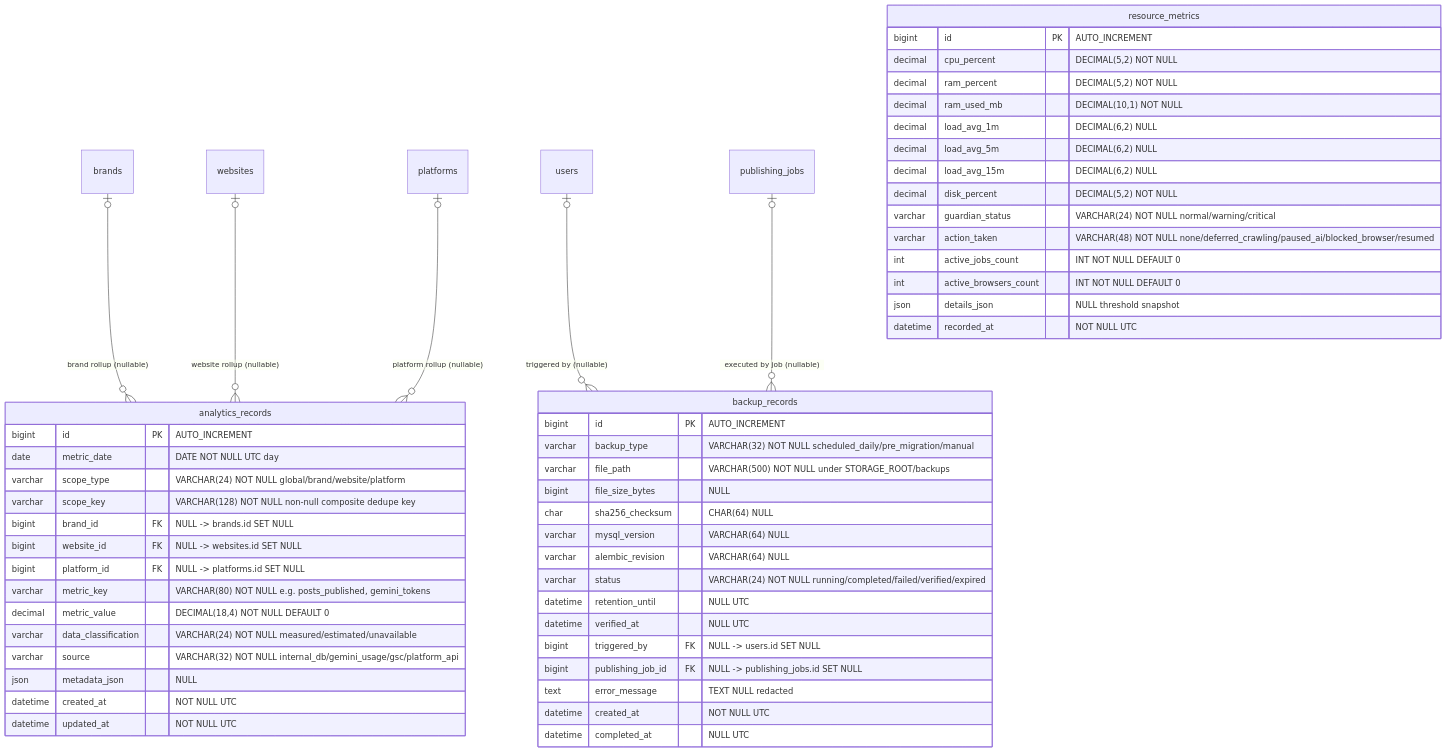
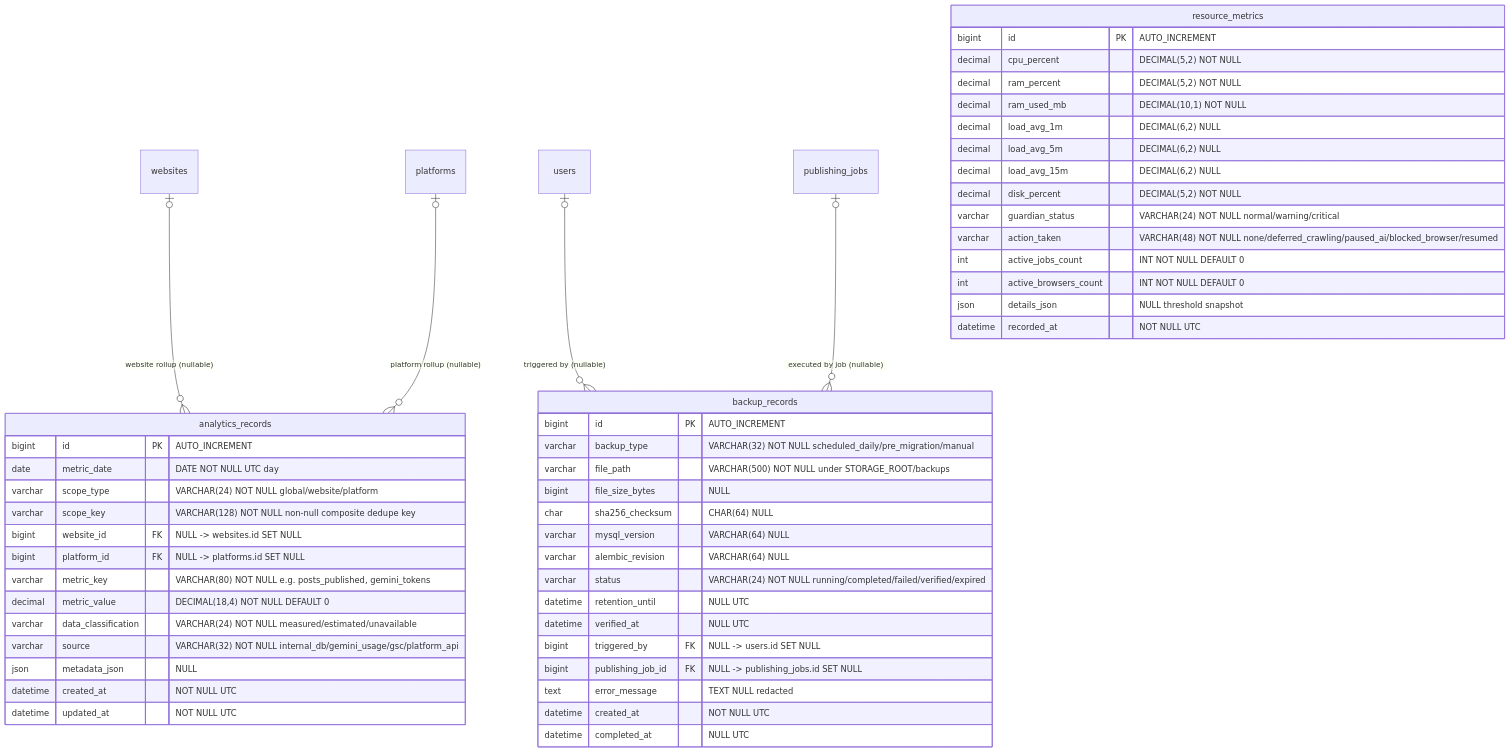
The eighth of 10 diagrams in contenthub-ai/docs/DATABASE.md (YumiAlmero03/website-management), drawn with Mermaid before and after one commit. The commit also changed other lines of this file and 94 other files, not shown here.

````diff
--- a/contenthub-ai/docs/DATABASE.md
+++ b/contenthub-ai/docs/DATABASE.md
@@ -879,60 +965,58 @@
 ```mermaid
 erDiagram
-    brands |o--o{ analytics_records : "brand rollup (nullable)"
     websites |o--o{ analytics_records : "website rollup (nullable)"
     platforms |o--o{ analytics_records : "platform rollup (nullable)"
     users |o--o{ backup_records : "triggered by (nullable)"
     publishing_jobs |o--o{ backup_records : "executed by job (nullable)"
 
     analytics_records {
         bigint id PK "AUTO_INCREMENT"
         date metric_date "DATE NOT NULL UTC day"
-        varchar scope_type "VARCHAR(24) NOT NULL global/brand/website/platform"
+        varchar scope_type "VARCHAR(24) NOT NULL global/website/platform"
         varchar scope_key "VARCHAR(128) NOT NULL non-null composite dedupe key"
-        bigint brand_id FK "NULL -> brands.id SET NULL"
         bigint website_id FK "NULL -> websites.id SET NULL"
         bigint platform_id FK "NULL -> platforms.id SET NULL"
         varchar metric_key "VARCHAR(80) NOT NULL e.g. posts_published, gemini_tokens"
         decimal metric_value "DECIMAL(18,4) NOT NULL DEFAULT 0"
         varchar data_classification "VARCHAR(24) NOT NULL measured/estimated/unavailable"
         varchar source "VARCHAR(32) NOT NULL internal_db/gemini_usage/gsc/platform_api"
         json metadata_json "NULL"
         datetime created_at "NOT NULL UTC"
         datetime updated_at "NOT NULL UTC"
     }
 
     resource_metrics {
         bigint id PK "AUTO_INCREMENT"
         decimal cpu_percent "DECIMAL(5,2) NOT NULL"
         decimal ram_percent "DECIMAL(5,2) NOT NULL"
         decimal ram_used_mb "DECIMAL(10,1) NOT NULL"
         decimal load_avg_1m "DECIMAL(6,2) NULL"
         decimal load_avg_5m "DECIMAL(6,2) NULL"
         decimal load_avg_15m "DECIMAL(6,2) NULL"
         decimal disk_percent "DECIMAL(5,2) NOT NULL"
         varchar guardian_status "VARCHAR(24) NOT NULL normal/warning/critical"
         varchar action_taken "VARCHAR(48) NOT NULL none/deferred_crawling/paused_ai/blocked_browser/resumed"
         int active_jobs_count "INT NOT NULL DEFAULT 0"
         int active_browsers_count "INT NOT NULL DEFAULT 0"
         json details_json "NULL threshold snapshot"
         datetime recorded_at "NOT NULL UTC"
     }
 
     backup_records {
         bigint id PK "AUTO_INCREMENT"
         varchar backup_type "VARCHAR(32) NOT NULL scheduled_daily/pre_migration/manual"
         varchar file_path "VARCHAR(500) NOT NULL under STORAGE_ROOT/backups"
         bigint file_size_bytes "NULL"
         char sha256_checksum "CHAR(64) NULL"
         varchar mysql_version "VARCHAR(64) NULL"
         varchar alembic_revision "VARCHAR(64) NULL"
         varchar status "VARCHAR(24) NOT NULL running/completed/failed/verified/expired"
         datetime retention_until "NULL UTC"
         datetime verified_at "NULL UTC"
         bigint triggered_by FK "NULL -> users.id SET NULL"
         bigint publishing_job_id FK "NULL -> publishing_jobs.id SET NULL"
         text error_message "TEXT NULL redacted"
         datetime created_at "NOT NULL UTC"
         datetime completed_at "NULL UTC"
     }
 ```
````
